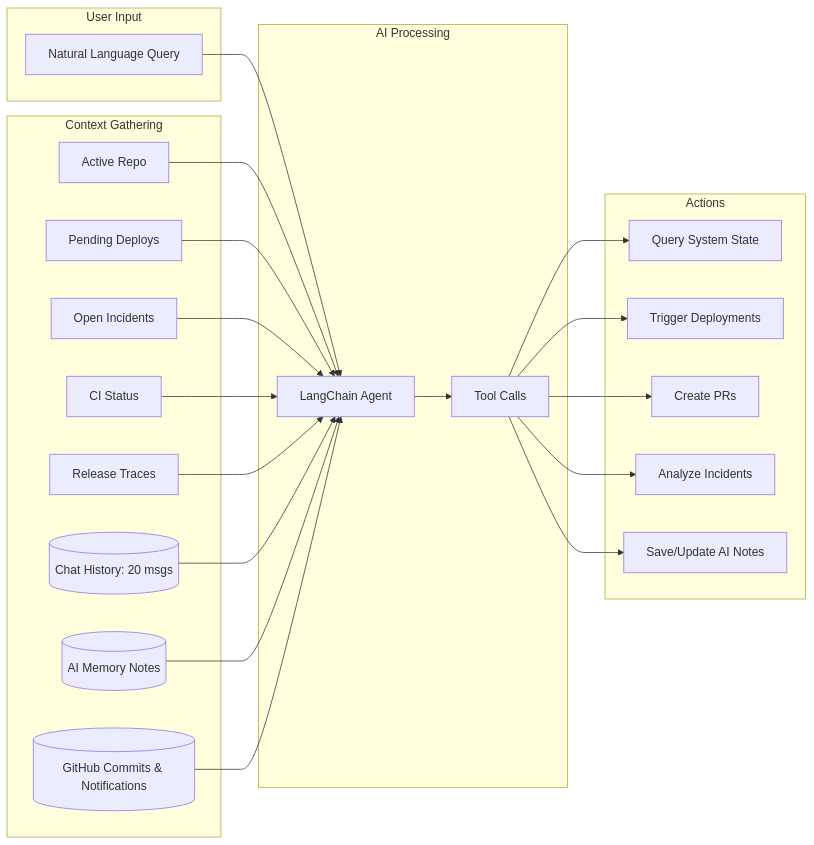
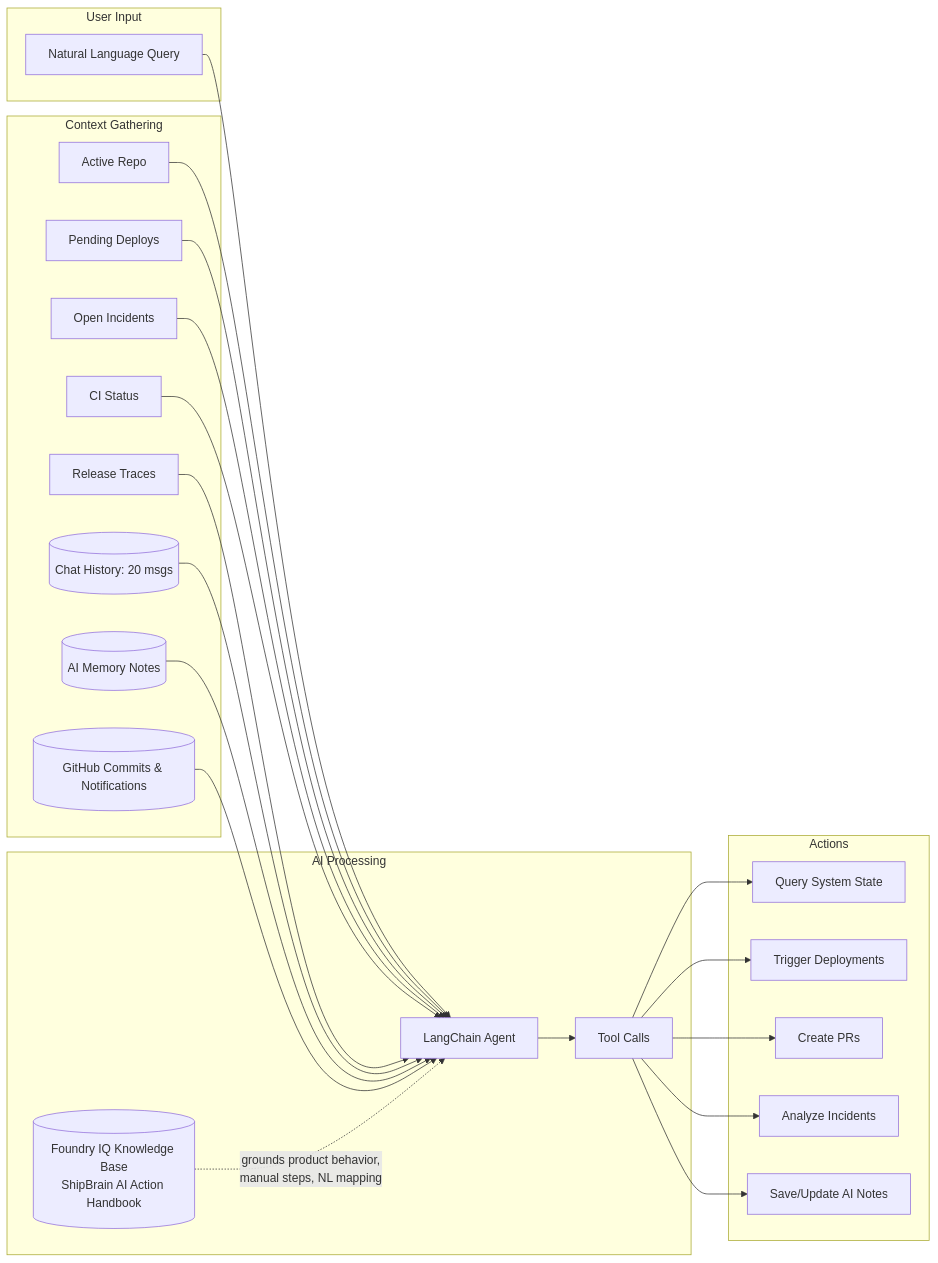
The eighth of 19 diagrams in SHIPBRAIN_PRD_FINAL.md (JeevantheDev/ShipBrain), drawn with Mermaid before and after one commit. The commit also changed other lines of this file and 1 other file, not shown here.

````diff
--- a/SHIPBRAIN_PRD_FINAL.md
+++ b/SHIPBRAIN_PRD_FINAL.md
@@ -367,46 +367,48 @@
 ```mermaid
 flowchart LR
     subgraph "User Input"
         A[Natural Language Query]
     end
 
     subgraph "Context Gathering"
         B[Active Repo]
         C[Pending Deploys]
         D[Open Incidents]
         E[CI Status]
         F[Release Traces]
         M1[(Chat History: 20 msgs)]
         M2[(AI Memory Notes)]
         M3[(GitHub Commits & Notifications)]
     end
 
     subgraph "AI Processing"
         G[LangChain Agent]
+        IQ[(Foundry IQ Knowledge Base<br/>ShipBrain AI Action Handbook)]
         H[Tool Calls]
     end
 
     subgraph "Actions"
         I[Query System State]
         J[Trigger Deployments]
         K[Create PRs]
         L[Analyze Incidents]
         M[Save/Update AI Notes]
     end
 
     A --> G
     B --> G
     C --> G
     D --> G
     E --> G
     F --> G
     M1 --> G
     M2 --> G
     M3 --> G
+    IQ -. grounds product behavior,<br/>manual steps, NL mapping .-> G
     G --> H
     H --> I
     H --> J
     H --> K
     H --> L
     H --> M
 ```
````
